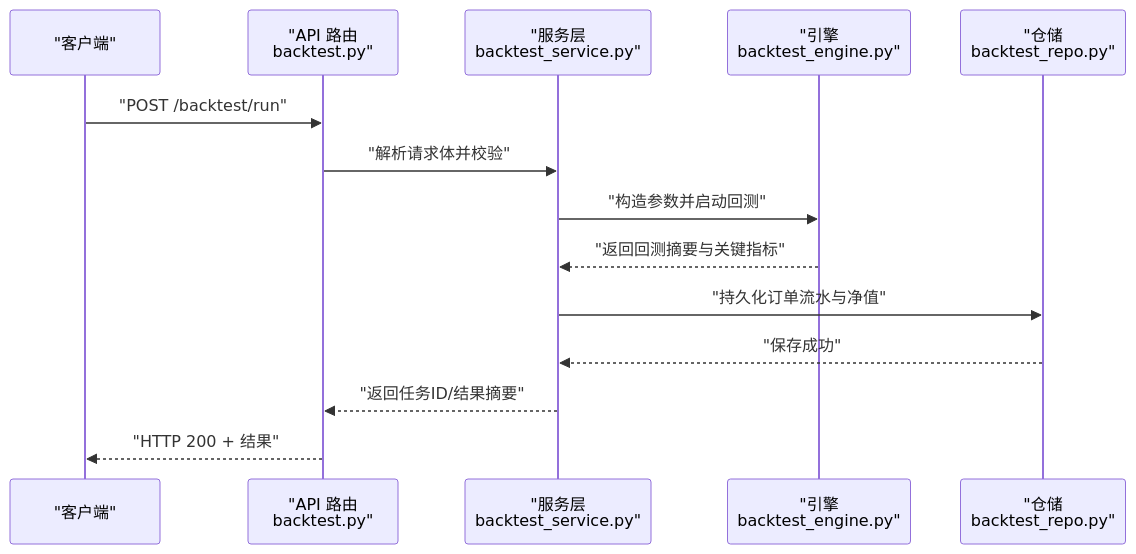
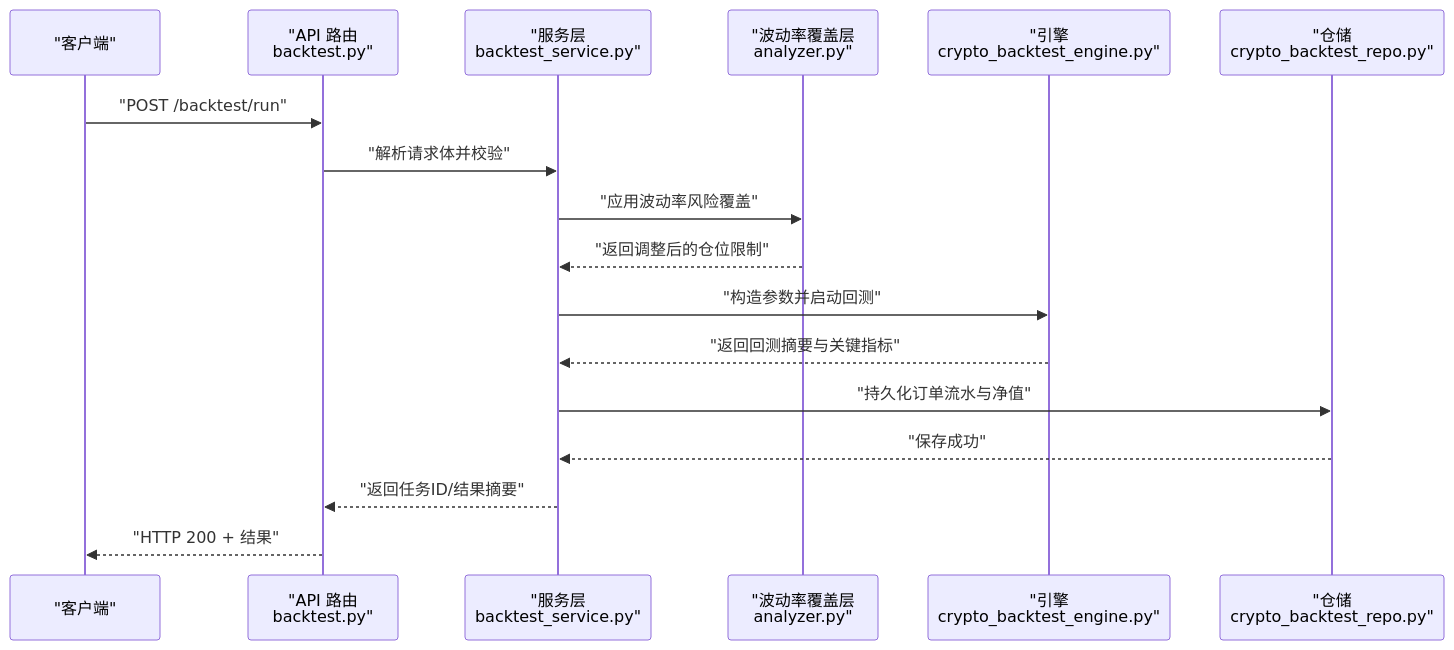
Before and after one commit to anYaoooo/daily_stock_analysis: the second of 8 diagrams in .qoder/repowiki/zh/content/交易策略系统/回测引擎/回测引擎.md, drawn with Mermaid. The commit also changed other lines of this file and 23 other files, not shown here.

````diff
--- a/.qoder/repowiki/zh/content/交易策略系统/回测引擎/回测引擎.md
+++ b/.qoder/repowiki/zh/content/交易策略系统/回测引擎/回测引擎.md
@@ -133,16 +151,19 @@
 ```mermaid
 sequenceDiagram
 participant Client as "客户端"
 participant API as "API 路由<br/>backtest.py"
 participant Service as "服务层<br/>backtest_service.py"
-participant Engine as "引擎<br/>backtest_engine.py"
-participant Repo as "仓储<br/>backtest_repo.py"
+participant Overlay as "波动率覆盖层<br/>analyzer.py"
+participant Engine as "引擎<br/>crypto_backtest_engine.py"
+participant Repo as "仓储<br/>crypto_backtest_repo.py"
 Client->>API : "POST /backtest/run"
 API->>Service : "解析请求体并校验"
+Service->>Overlay : "应用波动率风险覆盖"
+Overlay-->>Service : "返回调整后的仓位限制"
 Service->>Engine : "构造参数并启动回测"
 Engine-->>Service : "返回回测摘要与关键指标"
 Service->>Repo : "持久化订单流水与净值"
 Repo-->>Service : "保存成功"
 Service-->>API : "返回任务ID/结果摘要"
 API-->>Client : "HTTP 200 + 结果"
 ```
````
